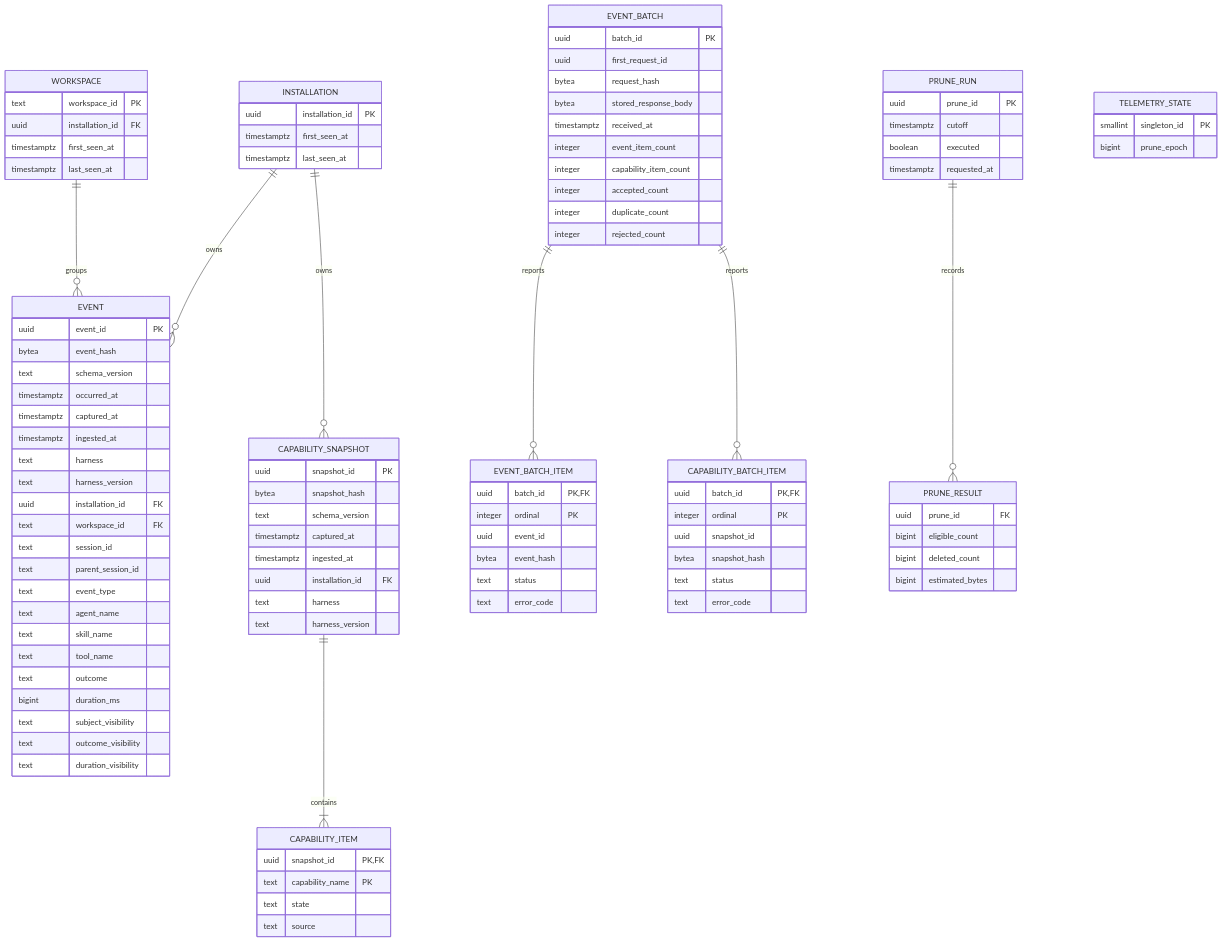
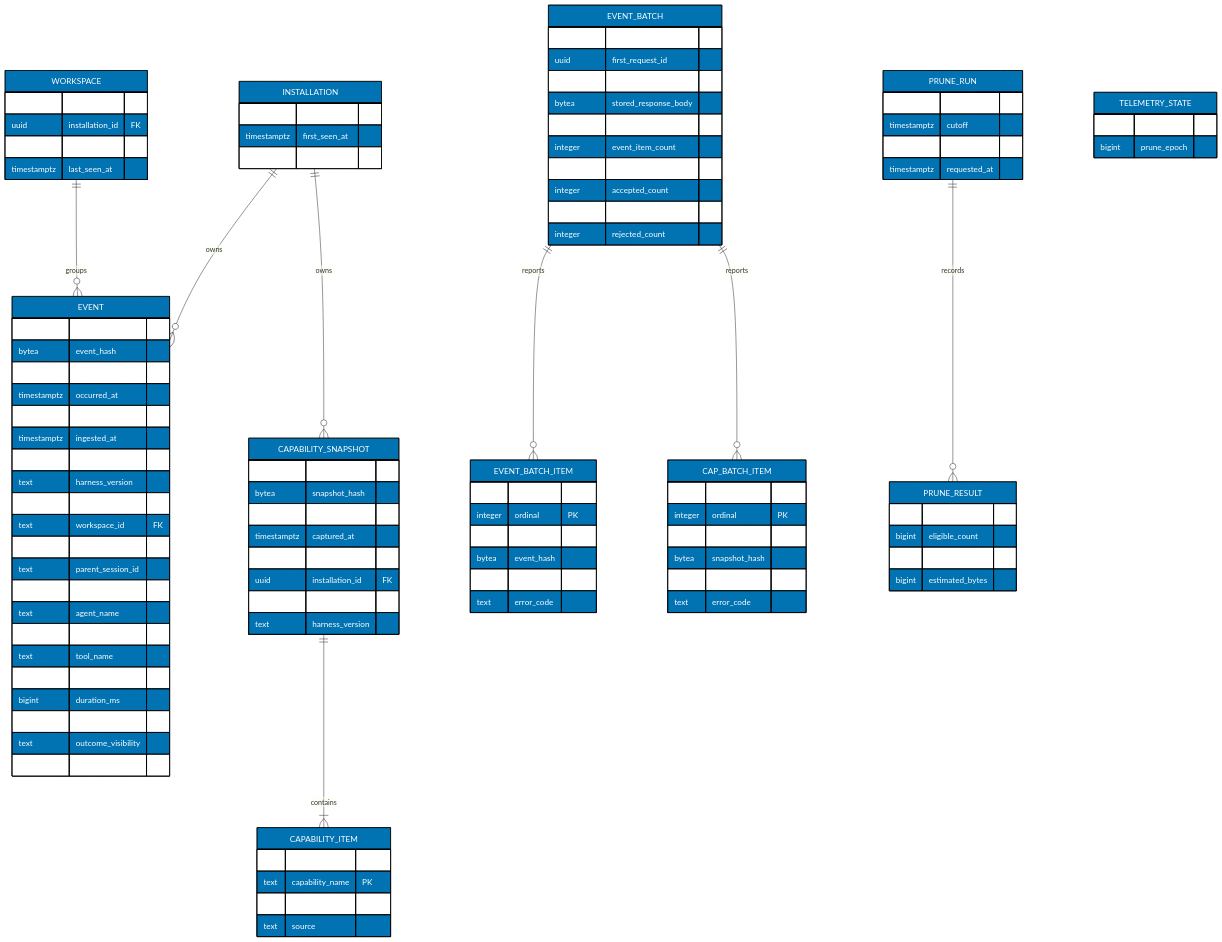
The first of 2 diagrams in plans/backlog/ferret-init-02-local-backend/tech-docs/002-persistence-sync-migration-and-recovery.md (wahidyankf/ose-public), drawn with Mermaid before and after one commit. The commit also changed other lines of this file and 220 other files, not shown here.

First line of the commit message:
docs: split mermaid labels to 20 graphemes and add palette defaults

````diff
--- a/plans/backlog/ferret-init-02-local-backend/tech-docs/002-persistence-sync-migration-and-recovery.md
+++ b/plans/backlog/ferret-init-02-local-backend/tech-docs/002-persistence-sync-migration-and-recovery.md
@@ -14,7 +14,7 @@
   INSTALLATION ||--o{ EVENT : owns
   WORKSPACE ||--o{ EVENT : groups
   EVENT_BATCH ||--o{ EVENT_BATCH_ITEM : reports
-  EVENT_BATCH ||--o{ CAPABILITY_BATCH_ITEM : reports
+  EVENT_BATCH ||--o{ CAP_BATCH_ITEM : reports
   INSTALLATION ||--o{ CAPABILITY_SNAPSHOT : owns
   CAPABILITY_SNAPSHOT ||--|{ CAPABILITY_ITEM : contains
   PRUNE_RUN ||--o{ PRUNE_RESULT : records
@@ -60,7 +60,7 @@
     bytea stored_response_body
     timestamptz received_at
     integer event_item_count
-    integer capability_item_count
+    integer cap_item_count
     integer accepted_count
     integer duplicate_count
     integer rejected_count
@@ -73,7 +73,7 @@
     text status
     text error_code
   }
-  CAPABILITY_BATCH_ITEM {
+  CAP_BATCH_ITEM {
     uuid batch_id PK,FK
     integer ordinal PK
     uuid snapshot_id
@@ -113,4 +113,5 @@
     bigint deleted_count
     bigint estimated_bytes
   }
+    classDef default fill:#0173B2,stroke:#000000,color:#FFFFFF
 ```
````
